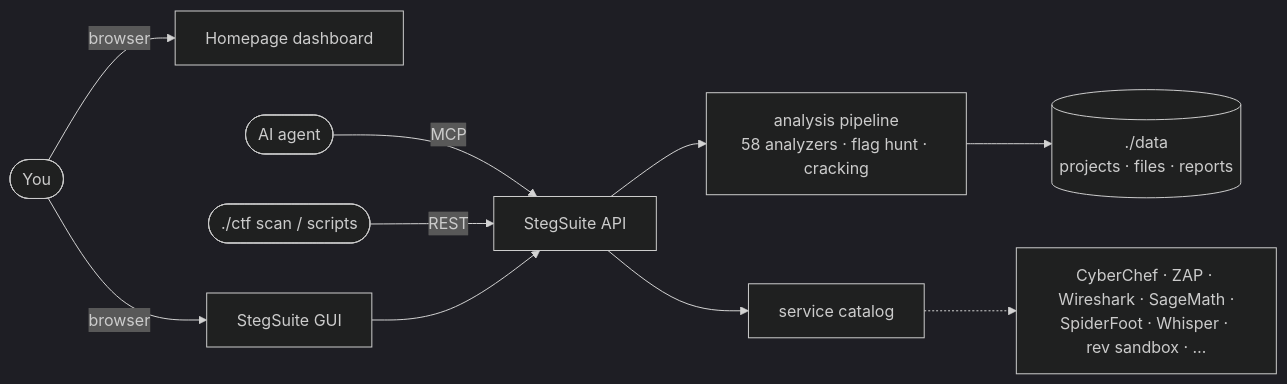
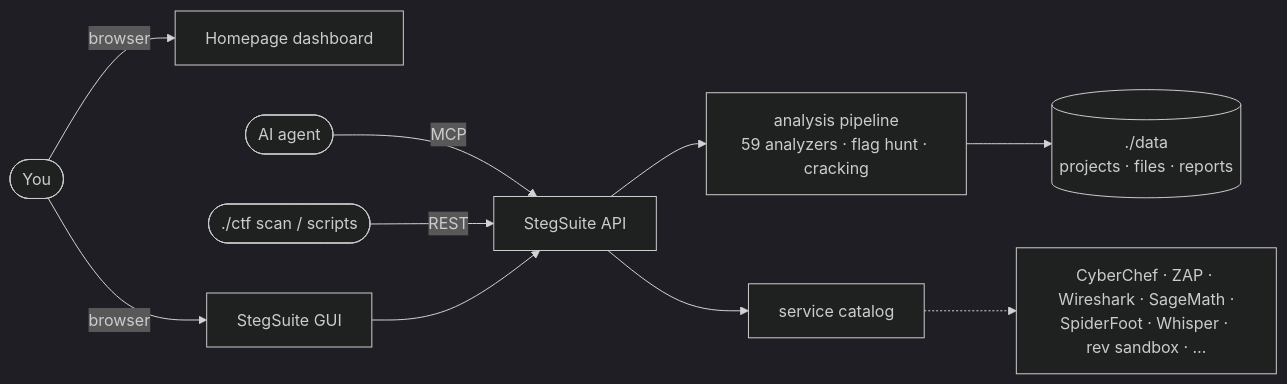
Before and after one commit to dexRand/ctf-docker: the diagram in README.md, drawn with Mermaid (dark theme). The commit also changed other lines of this file and 6 other files, not shown here.

````diff
--- a/README.md
+++ b/README.md
@@ -87,12 +87,12 @@
 ```mermaid
 flowchart LR
   you([You]) -->|browser| dash[Homepage dashboard]
   you -->|browser| ss[StegSuite GUI]
   agent([AI agent]) -->|MCP| api
   cli([./ctf scan / scripts]) -->|REST| api
   ss --> api[StegSuite API]
-  api --> pipe[analysis pipeline<br/>58 analyzers · flag hunt · cracking]
+  api --> pipe[analysis pipeline<br/>59 analyzers · flag hunt · cracking]
   pipe --> data[(./data<br/>projects · files · reports)]
   api --> svc[service catalog]
   svc -.-> tools[CyberChef · ZAP · Wireshark · SageMath ·<br/>SpiderFoot · Whisper · rev sandbox · …]
 ```
````
